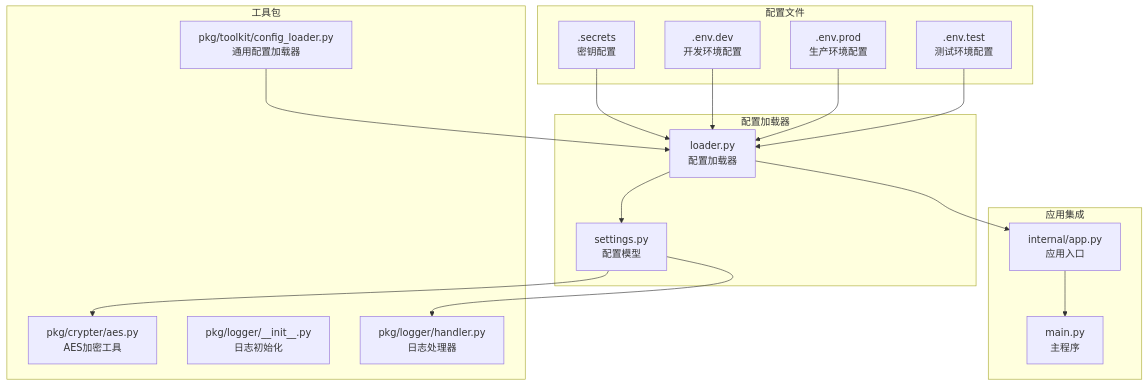
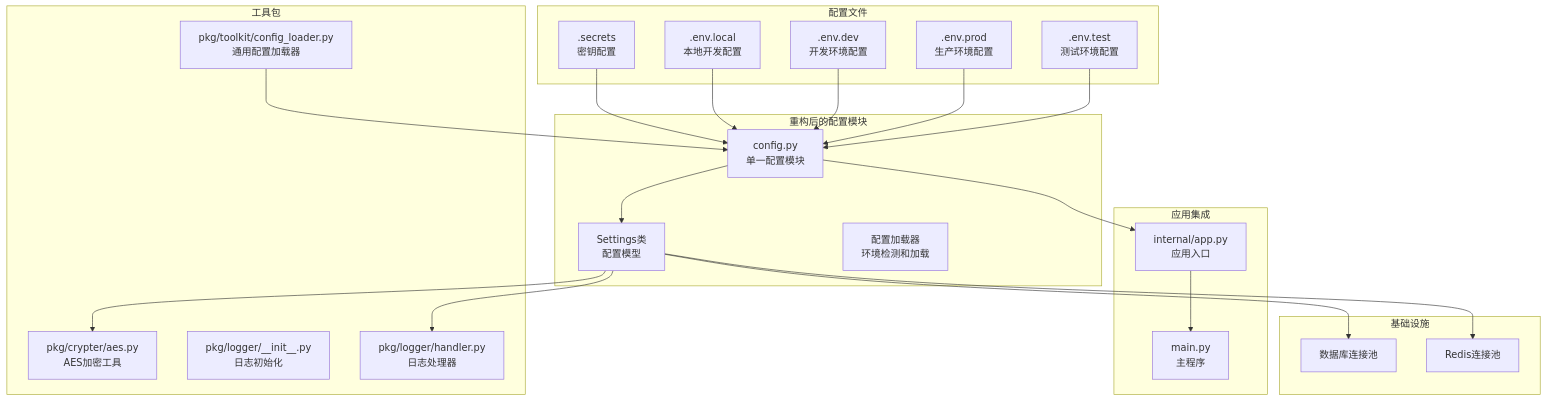
One commit to lilinzezzzzzz/fastapi-backend changed the first of 6 diagrams in .qoder/repowiki/zh/content/基础设施工具/配置系统.md. Above: the diagram before and after it, drawn with Mermaid. The commit also changed other lines of this file and 38 other files, not shown here.

````diff
--- a/.qoder/repowiki/zh/content/基础设施工具/配置系统.md
+++ b/.qoder/repowiki/zh/content/基础设施工具/配置系统.md
@@ -40,33 +49,42 @@
 ```mermaid
 graph TB
 subgraph "配置文件"
 Secrets[".secrets<br/>密钥配置"]
+EnvLocal[".env.local<br/>本地开发配置"]
 EnvDev[".env.dev<br/>开发环境配置"]
 EnvProd[".env.prod<br/>生产环境配置"]
 EnvTest[".env.test<br/>测试环境配置"]
 end
-subgraph "配置加载器"
-Loader[loader.py<br/>配置加载器]
-Settings[settings.py<br/>配置模型]
+subgraph "重构后的配置模块"
+Config[config.py<br/>单一配置模块]
+Settings[Settings类<br/>配置模型]
+Loader[配置加载器<br/>环境检测和加载]
 end
 subgraph "应用集成"
 App[internal/app.py<br/>应用入口]
 Main[main.py<br/>主程序]
 end
 subgraph "工具包"
 Toolkit[pkg/toolkit/config_loader.py<br/>通用配置加载器]
 AES[pkg/crypter/aes.py<br/>AES加密工具]
 LoggerInit[pkg/logger/__init__.py<br/>日志初始化]
 LoggerHandler[pkg/logger/handler.py<br/>日志处理器]
 end
-Secrets --> Loader
-EnvDev --> Loader
-EnvProd --> Loader
-EnvTest --> Loader
-Loader --> Settings
-Loader --> App
+subgraph "基础设施"
+DBConnection[数据库连接池]
+RedisConnection[Redis连接池]
+end
+Secrets --> Config
+EnvLocal --> Config
+EnvDev --> Config
+EnvProd --> Config
+EnvTest --> Config
+Config --> Settings
+Config --> App
 App --> Main
 Settings --> LoggerHandler
 Settings --> AES
-Toolkit --> Loader
+Settings --> DBConnection
+Settings --> RedisConnection
+Toolkit --> Config
 ```
````
